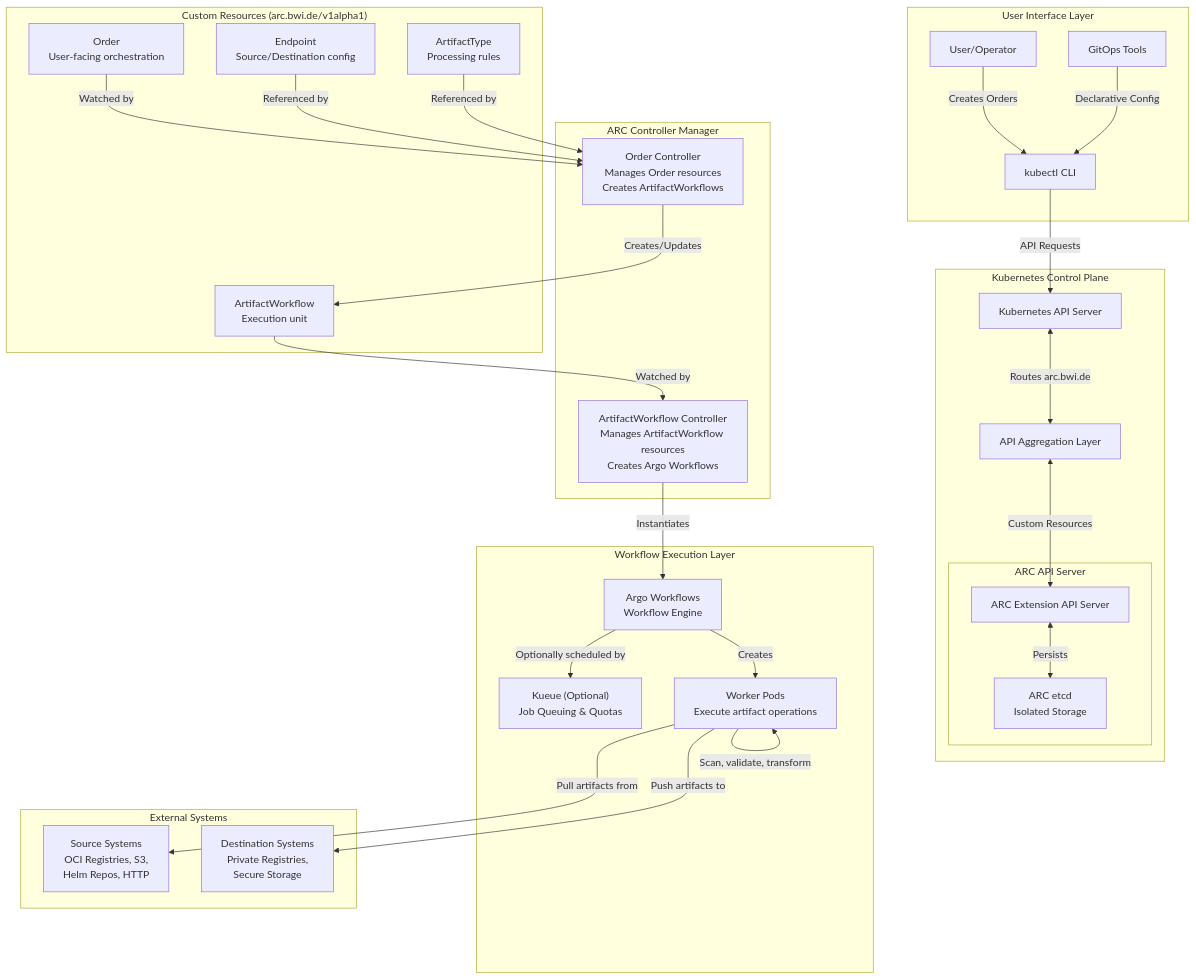
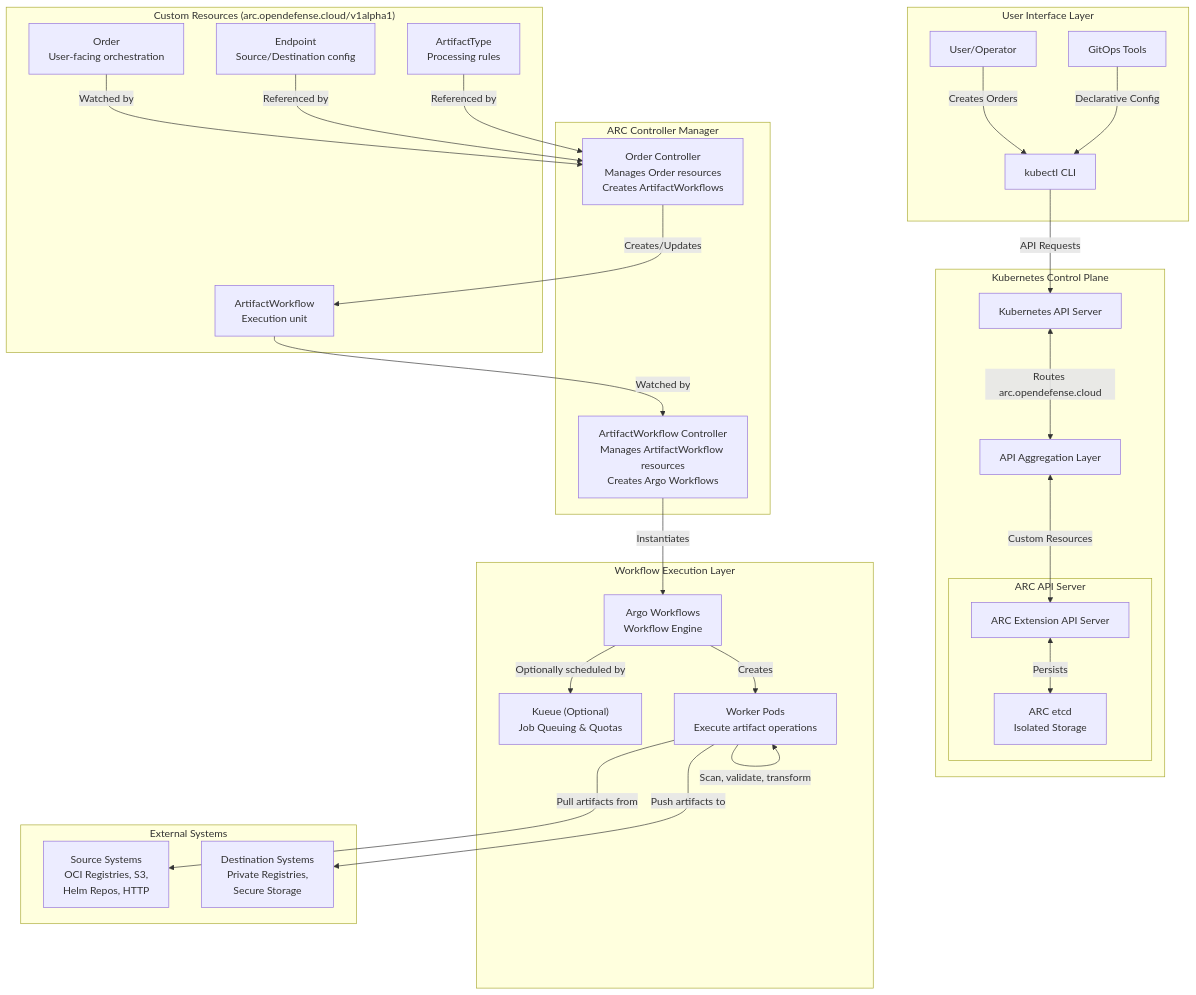
Before and after one commit to opendefensecloud/artifact-conduit: the first of 3 diagrams in docs/developer-guide/architecture.md, drawn with Mermaid. The commit also changed 43 other files, not shown here.

Commit message:
change API group to opendefense.cloud

````diff
--- a/docs/developer-guide/architecture.md
+++ b/docs/developer-guide/architecture.md
@@ -5,64 +5,64 @@
 ```mermaid
 graph TB
     subgraph "User Interface Layer"
         User["User/Operator"]
         Kubectl["kubectl CLI"]
         GitOps["GitOps Tools"]
     end
     
     subgraph "Kubernetes Control Plane"
         K8sAPI["Kubernetes API Server"]
         APIAgg["API Aggregation Layer"]
         
         subgraph "ARC API Server"
             ARCAPI["ARC Extension API Server"]
             ETCDArc["ARC etcd<br/>Isolated Storage"]
         end
     end
     
     subgraph "ARC Controller Manager"
         OrderCtrl["Order Controller<br/>Manages Order resources<br/>Creates ArtifactWorkflows"]
         AWCtrl["ArtifactWorkflow Controller<br/>Manages ArtifactWorkflow resources<br/>Creates Argo Workflows"]
     end
     
-    subgraph "Custom Resources (arc.bwi.de/v1alpha1)"
+    subgraph "Custom Resources (arc.opendefense.cloud/v1alpha1)"
         Order["Order<br/>User-facing orchestration"]
         ArtifactWF["ArtifactWorkflow<br/>Execution unit"]
         Endpoint["Endpoint<br/>Source/Destination config"]
         ArtifactType["ArtifactType<br/>Processing rules"]
     end
     
     subgraph "Workflow Execution Layer"
         ArgoWF["Argo Workflows<br/>Workflow Engine"]
         Kueue["Kueue (Optional)<br/>Job Queuing & Quotas"]
         Workers["Worker Pods<br/>Execute artifact operations"]
     end
     
     subgraph "External Systems"
         SrcReg["Source Systems<br/>OCI Registries, S3,<br/>Helm Repos, HTTP"]
         DstReg["Destination Systems<br/>Private Registries,<br/>Secure Storage"]
     end
     
     User -->|"Creates Orders"| Kubectl
     GitOps -->|"Declarative Config"| Kubectl
     Kubectl -->|"API Requests"| K8sAPI
     
-    K8sAPI <-->|"Routes arc.bwi.de"| APIAgg
+    K8sAPI <-->|"Routes arc.opendefense.cloud"| APIAgg
     APIAgg <-->|"Custom Resources"| ARCAPI
     ARCAPI <-->|"Persists"| ETCDArc
     
     Order -->|"Watched by"| OrderCtrl
     Endpoint -->|"Referenced by"| OrderCtrl
     ArtifactType -->|"Referenced by"| OrderCtrl
     OrderCtrl -->|"Creates/Updates"| ArtifactWF
     
     ArtifactWF -->|"Watched by"| AWCtrl
     AWCtrl -->|"Instantiates"| ArgoWF
     
     ArgoWF -->|"Optionally scheduled by"| Kueue
     ArgoWF -->|"Creates"| Workers
     
     Workers -->|"Pull artifacts from"| SrcReg
     Workers -->|"Push artifacts to"| DstReg
     Workers -->|"Scan, validate, transform"| Workers
 ```
````
